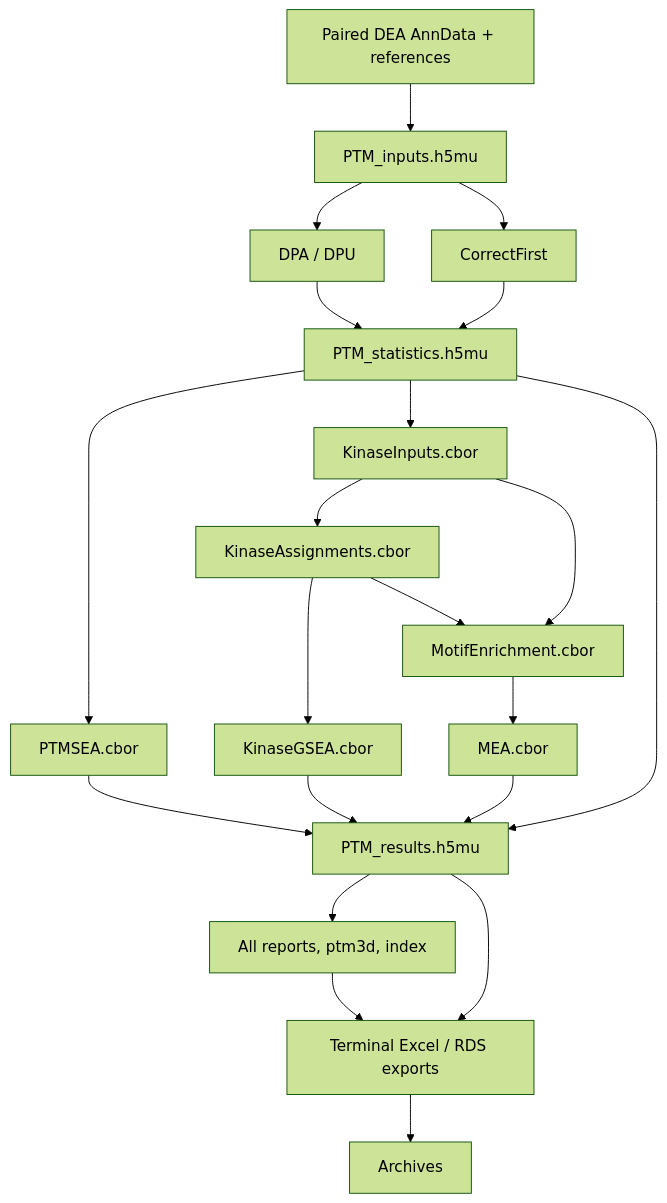
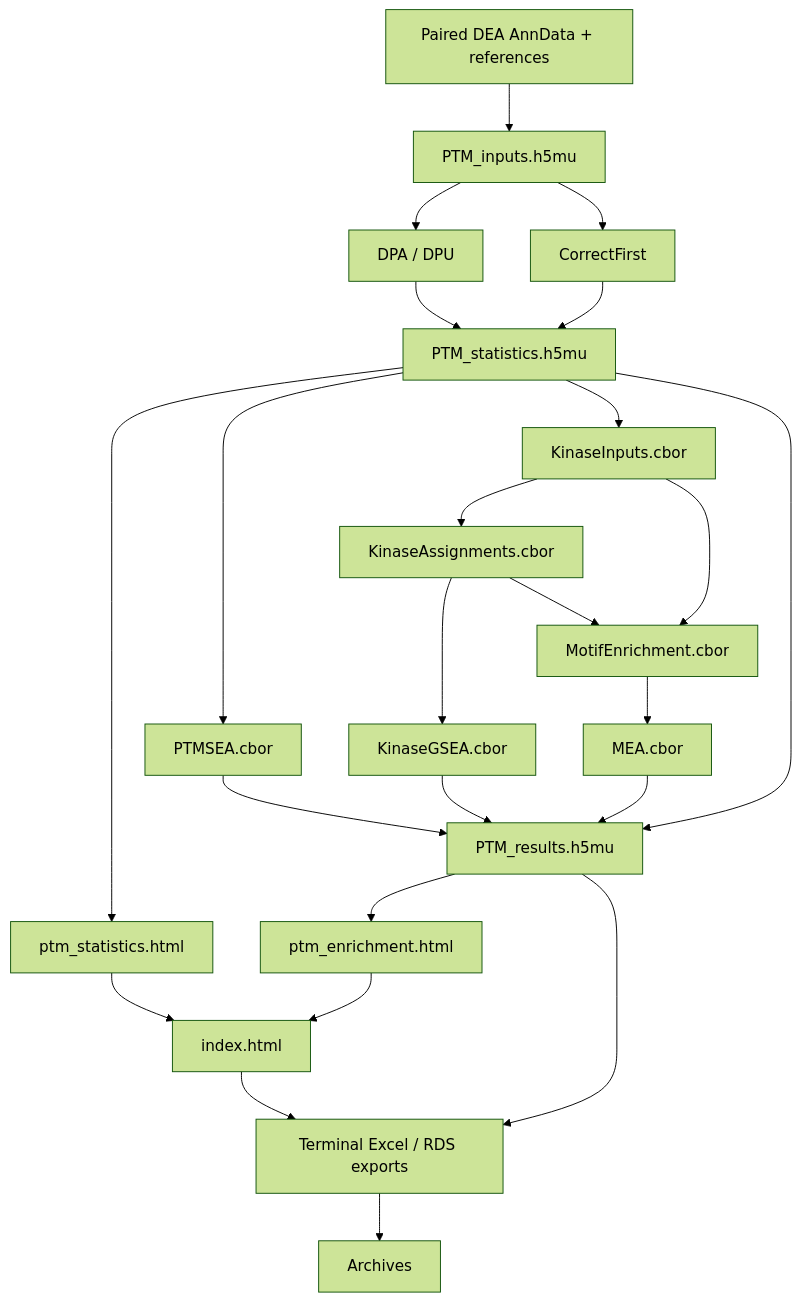
Before and after one commit to wolski/ptm-pipeline: the diagram in docs/index.md, drawn with Mermaid (forest theme). The commit also changed other lines of this file and 9 other files, not shown here.

Commit message:
Render only MuData-backed Quarto reports in PTM pipeline

````diff
--- a/docs/index.md
+++ b/docs/index.md
@@ -53,23 +53,26 @@
 ```mermaid
 flowchart TB
     DEA["Paired DEA AnnData + references"] --> INPUT["PTM_inputs.h5mu"]
     INPUT --> DPA["DPA / DPU"]
     INPUT --> CF["CorrectFirst"]
     DPA --> STATS["PTM_statistics.h5mu"]
     CF --> STATS
+    STATS --> STATS_REPORT["ptm_statistics.html"]
     STATS --> SEA["PTMSEA.cbor"]
     STATS --> PREP["KinaseInputs.cbor"]
     PREP --> ASSIGN["KinaseAssignments.cbor"]
     ASSIGN --> GSEA["KinaseGSEA.cbor"]
     ASSIGN --> MOTIF["MotifEnrichment.cbor"]
     PREP --> MOTIF
     MOTIF --> MEA["MEA.cbor"]
     SEA --> FINAL["PTM_results.h5mu"]
     GSEA --> FINAL
     MEA --> FINAL
     STATS --> FINAL
-    FINAL --> REPORTS["All reports, ptm3d, index"]
-    REPORTS --> EXPORT["Terminal Excel / RDS exports"]
+    FINAL --> ENRICH_REPORT["ptm_enrichment.html"]
+    STATS_REPORT --> INDEX["index.html"]
+    ENRICH_REPORT --> INDEX
+    INDEX --> EXPORT["Terminal Excel / RDS exports"]
     FINAL --> EXPORT
     EXPORT --> ZIP["Archives"]
 ```
````
